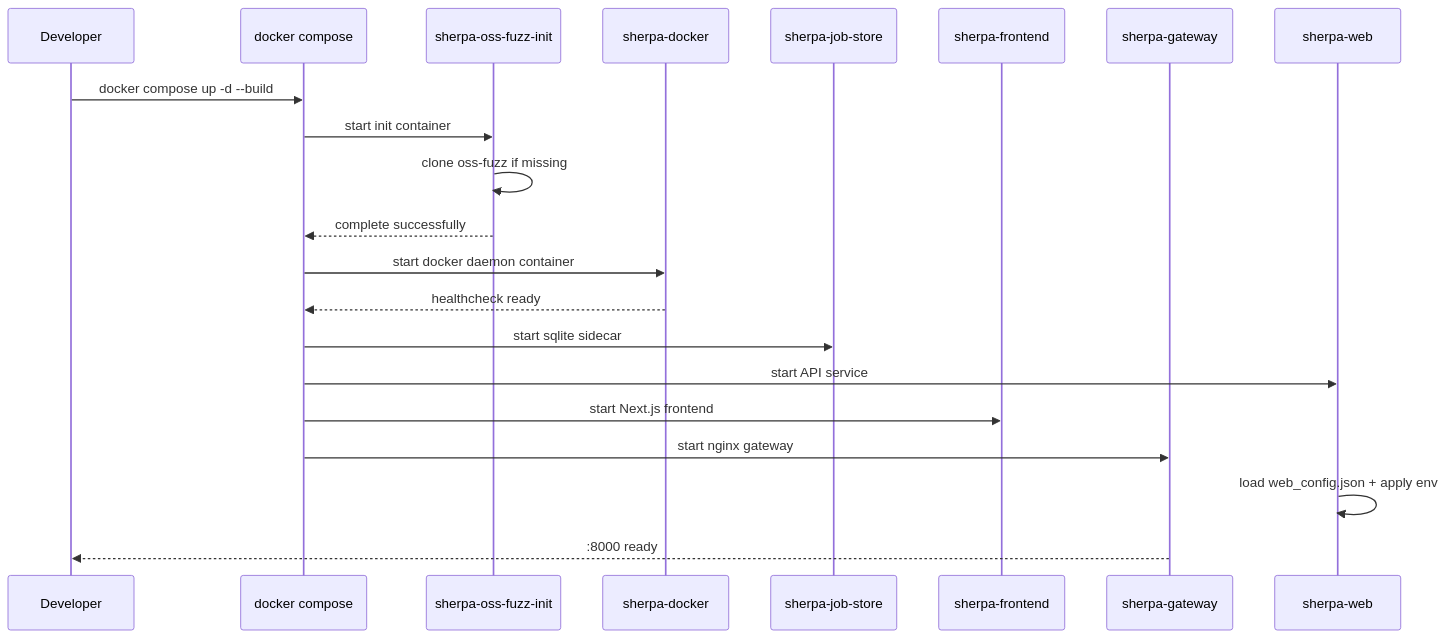
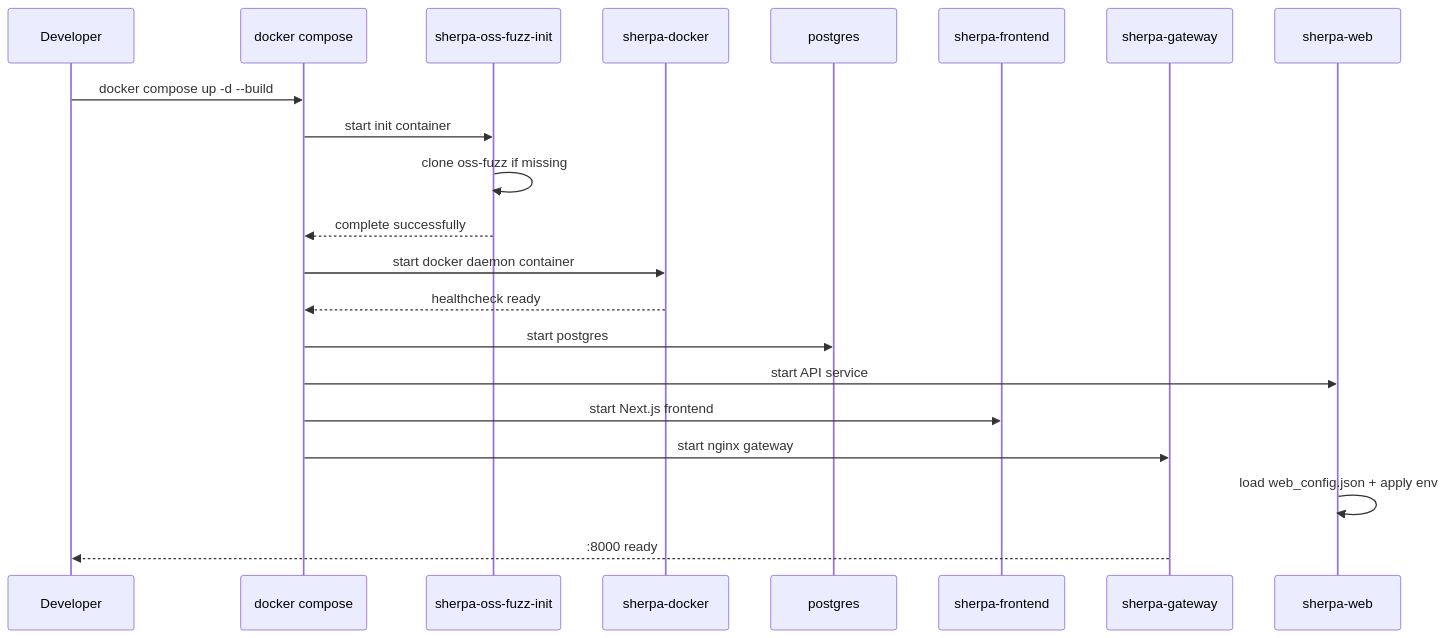
Before and after one commit to ZUENS2020/Sherpa: the third of 13 diagrams in README.md, drawn with Mermaid. The commit also changed other lines of this file and 28 other files, not shown here.

````diff
--- a/README.md
+++ b/README.md
@@ -101,24 +108,24 @@
 ```mermaid
 sequenceDiagram
   participant Dev as Developer
   participant DC as docker compose
   participant Init as sherpa-oss-fuzz-init
   participant Dind as sherpa-docker
-  participant Store as sherpa-job-store
+  participant Store as postgres
   participant FE as sherpa-frontend
   participant GW as sherpa-gateway
   participant Web as sherpa-web
 
   Dev->>DC: docker compose up -d --build
   DC->>Init: start init container
   Init->>Init: clone oss-fuzz if missing
   Init-->>DC: complete successfully
   DC->>Dind: start docker daemon container
   Dind-->>DC: healthcheck ready
-  DC->>Store: start sqlite sidecar
+  DC->>Store: start postgres
   DC->>Web: start API service
   DC->>FE: start Next.js frontend
   DC->>GW: start nginx gateway
   Web->>Web: load web_config.json + apply env
   GW-->>Dev: :8000 ready
 ```
````
